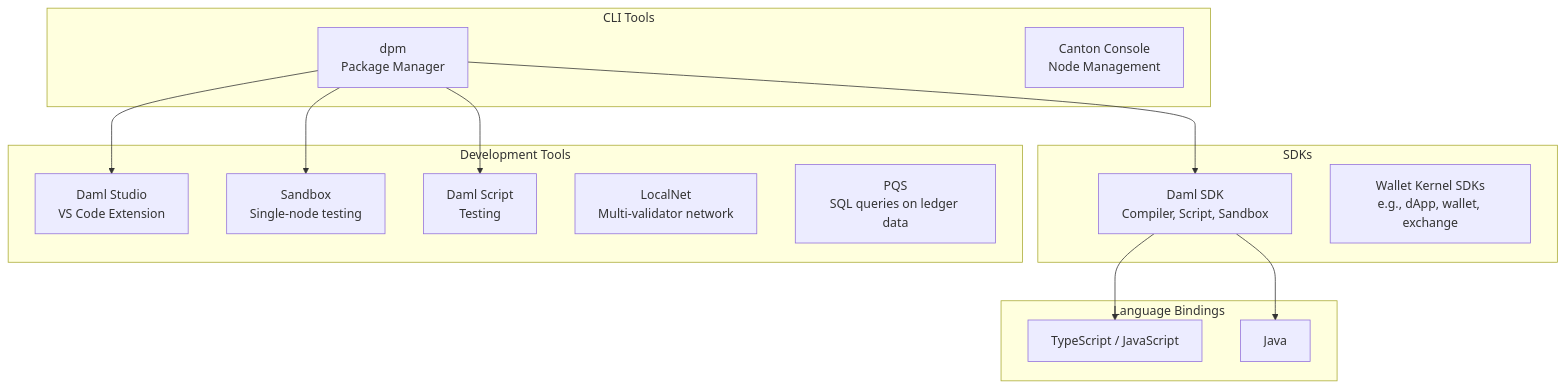
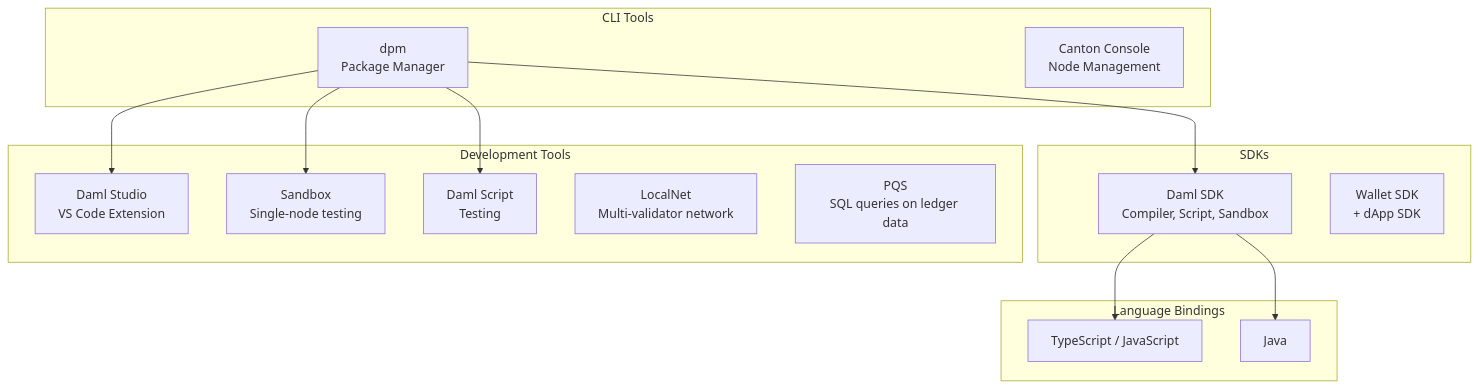
Before and after one commit to canton-network/cf-docs: the diagram in docs-main/sdks-tools/overview.mdx, drawn with Mermaid. The commit also changed other lines of this file and 2 other files, not shown here.

First line of the commit message:
Rename Wallet Kernel SDK to Wallet SDK (#571)

````diff
--- a/docs-main/sdks-tools/overview.mdx
+++ b/docs-main/sdks-tools/overview.mdx
@@ -10,32 +10,32 @@
 ```mermaid
 flowchart TB
     subgraph SDKs[SDKs]
         DAMLSDK[Daml SDK<br>Compiler, Script, Sandbox]
-        EXCHSDK[Wallet Kernel SDKs<br>e.g., dApp, wallet, exchange]
+        WALLETSDK[Wallet SDK<br>+ dApp SDK]
     end
 
     subgraph CLI[CLI Tools]
         DPM[dpm<br>Package Manager]
         CONSOLE[Canton Console<br>Node Management]
     end
 
     subgraph DevTools[Development Tools]
         STUDIO[Daml Studio<br>VS Code Extension]
         SANDBOX[Sandbox<br>Single-node testing]
         SCRIPT[Daml Script<br>Testing]
         LOCALNET[LocalNet<br>Multi-validator network]
         PQS[PQS<br>SQL queries on ledger data]
     end
 
     subgraph Bindings[Language Bindings]
         TS[TypeScript / JavaScript]
         JAVA[Java]
     end
 
     DPM --> DAMLSDK
     DPM --> SANDBOX
     DPM --> STUDIO
     DPM --> SCRIPT
     DAMLSDK --> TS
     DAMLSDK --> JAVA
 ```
````
